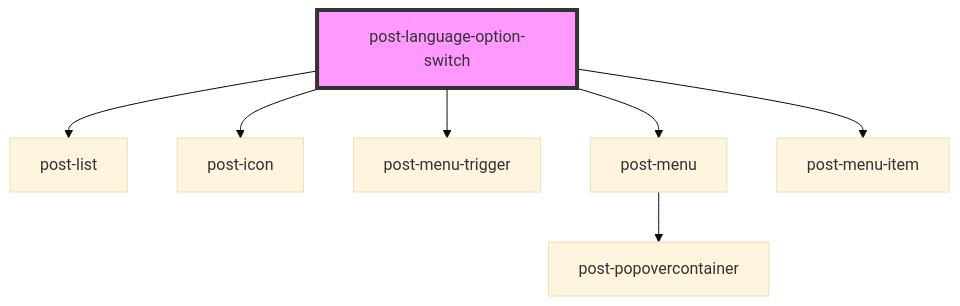
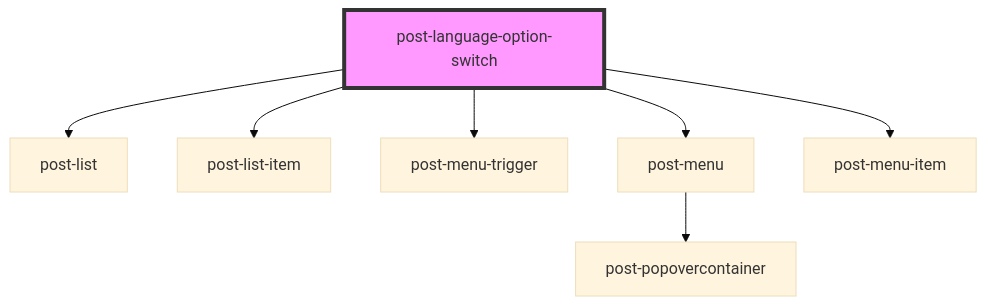
The diagram in packages/components/src/components/post-language-option-switch/readme.md (swisspost/design-system), drawn with Mermaid (base theme) before and after one commit. The commit also changed other lines of this file and 5 other files, not shown here.

Commit message:
wip language switch

````diff
--- a/packages/components/src/components/post-language-option-switch/readme.md
+++ b/packages/components/src/components/post-language-option-switch/readme.md
@@ -27,10 +27,10 @@
 ```mermaid
 graph TD;
   post-language-option-switch --> post-list
-  post-language-option-switch --> post-icon
+  post-language-option-switch --> post-list-item
   post-language-option-switch --> post-menu-trigger
   post-language-option-switch --> post-menu
   post-language-option-switch --> post-menu-item
   post-menu --> post-popovercontainer
   style post-language-option-switch fill:#f9f,stroke:#333,stroke-width:4px
 ```
````
